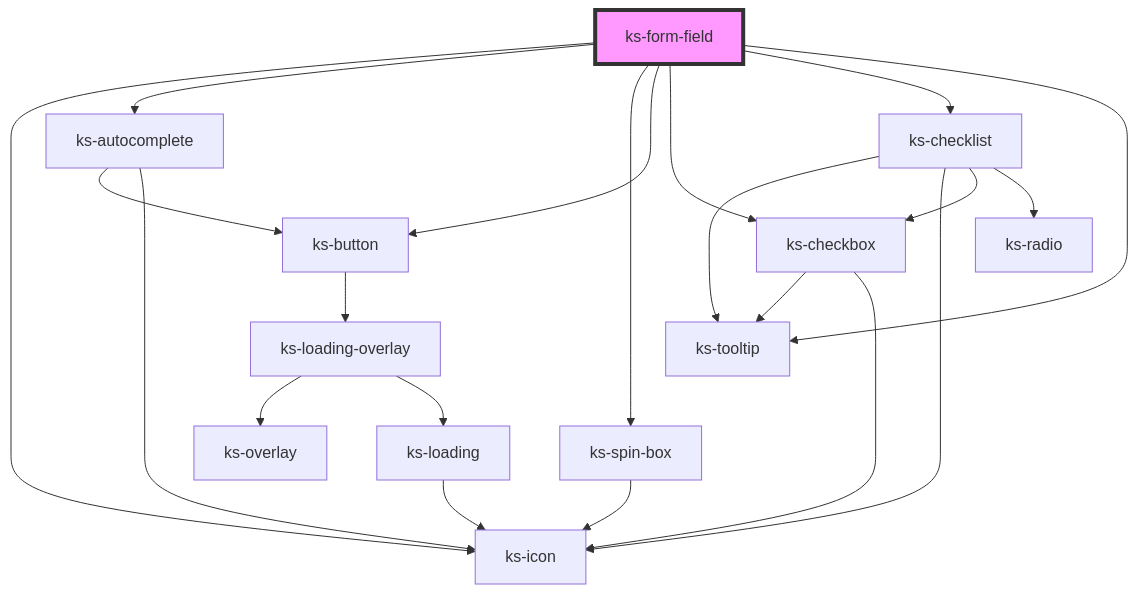
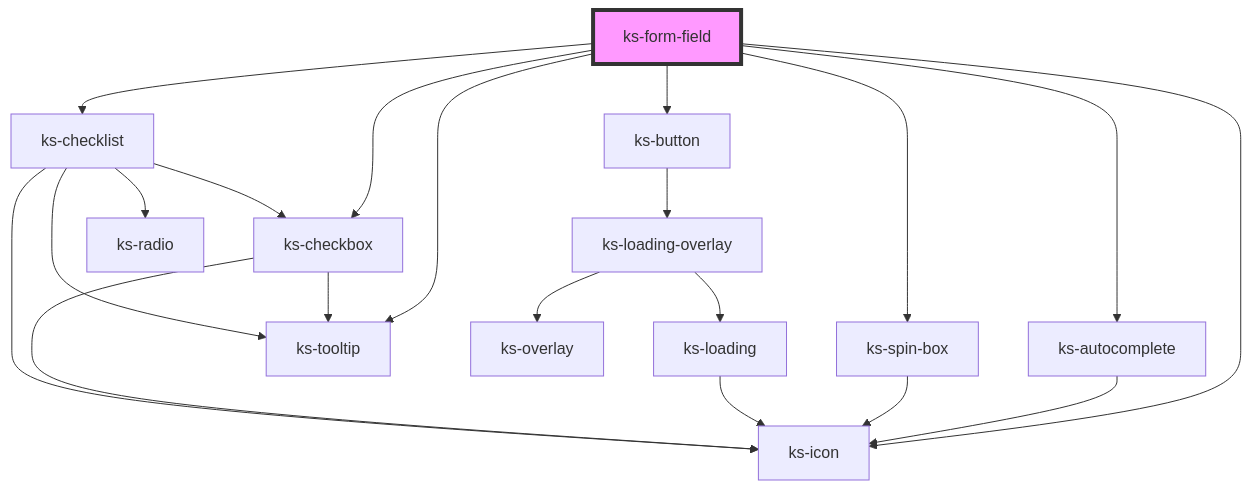
One commit to kickstand-ui/kickstand-ui changed the diagram in src/scripts/components/form-field/readme.md. Above: the diagram before and after it, drawn with Mermaid. The commit also changed 4 other files, not shown here.

````diff
--- a/src/scripts/components/form-field/readme.md
+++ b/src/scripts/components/form-field/readme.md
@@ -96,24 +96,23 @@
 ```mermaid
 graph TD;
   ks-form-field --> ks-icon
   ks-form-field --> ks-autocomplete
   ks-form-field --> ks-spin-box
   ks-form-field --> ks-button
   ks-form-field --> ks-checkbox
   ks-form-field --> ks-checklist
   ks-form-field --> ks-tooltip
-  ks-autocomplete --> ks-button
   ks-autocomplete --> ks-icon
+  ks-spin-box --> ks-icon
   ks-button --> ks-loading-overlay
   ks-loading-overlay --> ks-overlay
   ks-loading-overlay --> ks-loading
   ks-loading --> ks-icon
-  ks-spin-box --> ks-icon
   ks-checkbox --> ks-tooltip
   ks-checkbox --> ks-icon
   ks-checklist --> ks-tooltip
   ks-checklist --> ks-icon
   ks-checklist --> ks-checkbox
   ks-checklist --> ks-radio
   style ks-form-field fill:#f9f,stroke:#333,stroke-width:4px
 ```
````
